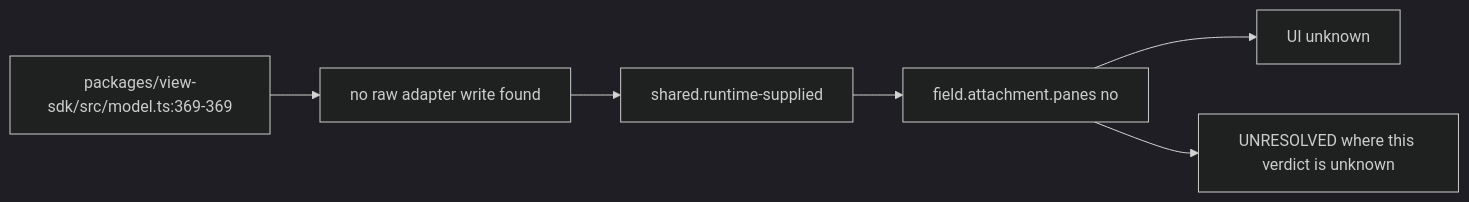
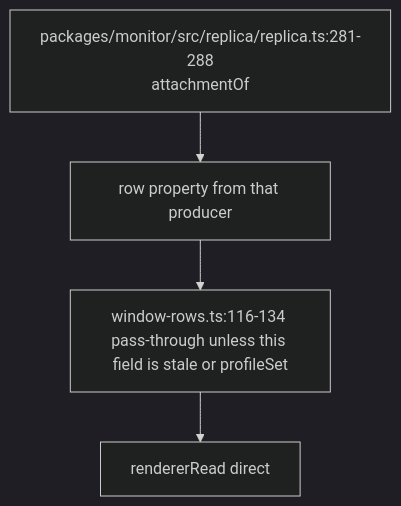
The diagram in audit/godview/evidence/copilot/attachment.panes.mmd (vibefield/vibefield), drawn with Mermaid (dark theme) before and after one commit. The commit also changed 1665 other files, not shown here.

```diff
--- a/audit/godview/evidence/copilot/attachment.panes.mmd
+++ b/audit/godview/evidence/copilot/attachment.panes.mmd
@@ -1,13 +1,9 @@
-%% graph_ref: shared.runtime-supplied
-%% adapter: copilot
 %% field: field.attachment.panes
-%% forensic: source-read at 748d015; not a live sample
-flowchart LR
-  src["packages/view-sdk/src/model.ts:369-369"]
-  raw["no raw adapter write found"]
-  shared["shared.runtime-supplied"]
-  row["field.attachment.panes no"]
-  ui["UI unknown"]
-  src --> raw --> shared --> row --> ui
-  open["UNRESOLVED where this verdict is unknown"]
-  row --> open
+%% sourceScope: replica-derived
+%% staticPresence: host-dependent
+%% liveObserved: false
+flowchart TD
+  producer["packages/monitor/src/replica/replica.ts:281-288\nattachmentOf"]
+  producer --> row["row property from that producer"]
+  row --> window["window-rows.ts:116-134 pass-through unless this field is stale or profileSet"]
+  window --> reader["rendererRead direct"]
```
